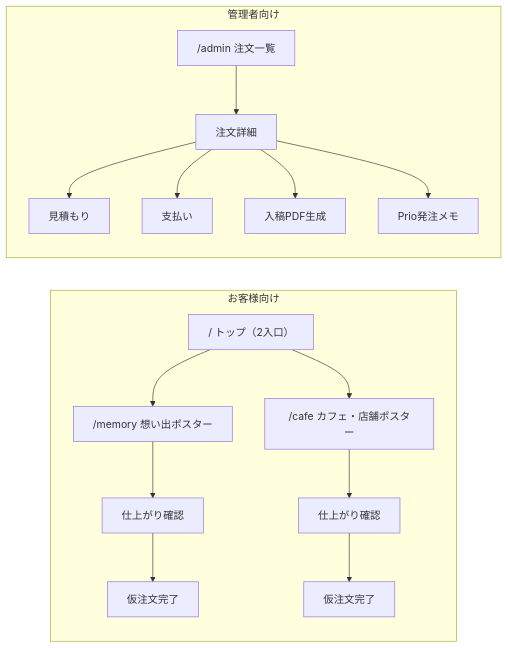
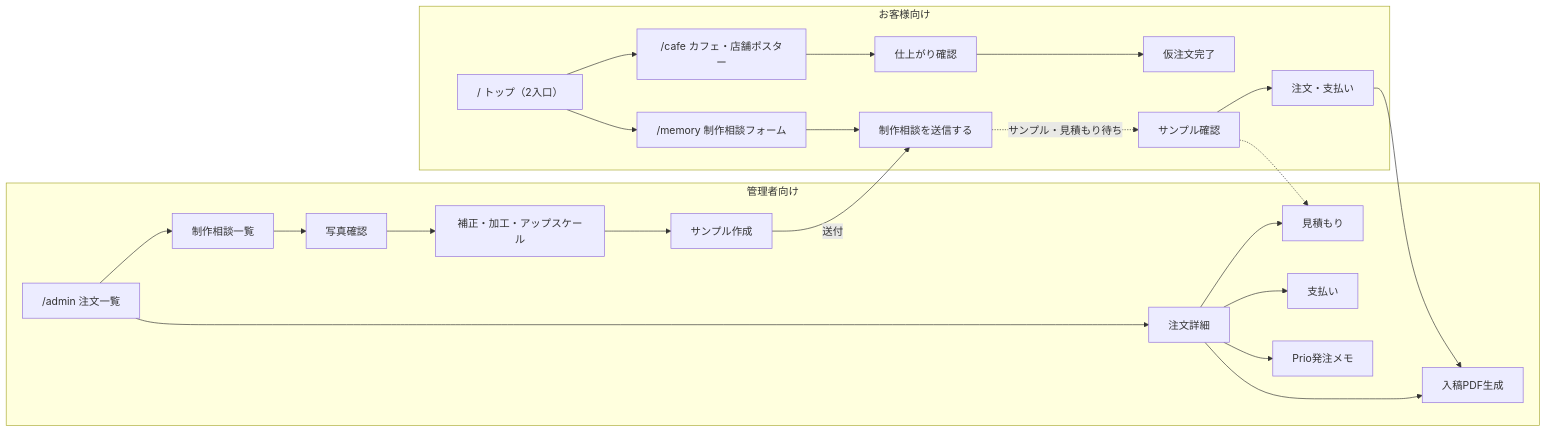
One commit to Hajime-na/ai-hana-zukan changed the third of 3 diagrams in docs/NEW_SERVICE_DESIGN.md. Above: the diagram before and after it, drawn with Mermaid. The commit also changed other lines of this file, not shown here.

First line of the commit message:
docs: rework memory poster flow into a semi-bespoke consultation model

````diff
--- a/docs/NEW_SERVICE_DESIGN.md
+++ b/docs/NEW_SERVICE_DESIGN.md
@@ -117,18 +165,26 @@
 ```mermaid
 flowchart LR
     subgraph Customer[お客様向け]
-        Top["/ トップ（2入口）"] --> Memory["/memory 想い出ポスター"]
+        Top["/ トップ（2入口）"] --> Memory["/memory 制作相談フォーム"]
         Top --> Cafe["/cafe カフェ・店舗ポスター"]
-        Memory --> Confirm1["仕上がり確認"]
+        Memory --> Consult["制作相談を送信する"]
         Cafe --> Confirm2["仕上がり確認"]
-        Confirm1 --> Order1["仮注文完了"]
         Confirm2 --> Order2["仮注文完了"]
+        Consult -.サンプル・見積もり待ち.-> SampleCheck["サンプル確認"]
+        SampleCheck --> Order1["注文・支払い"]
     end
     subgraph Admin[管理者向け]
         AdminTop["/admin 注文一覧"] --> AdminDetail["注文詳細"]
         AdminDetail --> Estimate["見積もり"]
         AdminDetail --> Payment["支払い"]
         AdminDetail --> PDF["入稿PDF生成"]
         AdminDetail --> PrioNote["Prio発注メモ"]
+        AdminTop --> Consulting["制作相談一覧"]
+        Consulting --> PhotoCheck["写真確認"]
+        PhotoCheck --> Retouch["補正・加工・アップスケール"]
+        Retouch --> SampleMake["サンプル作成"]
+        SampleMake -->|送付| Consult
     end
+    SampleCheck -.-> Estimate
+    Order1 --> PDF
 ```
````
